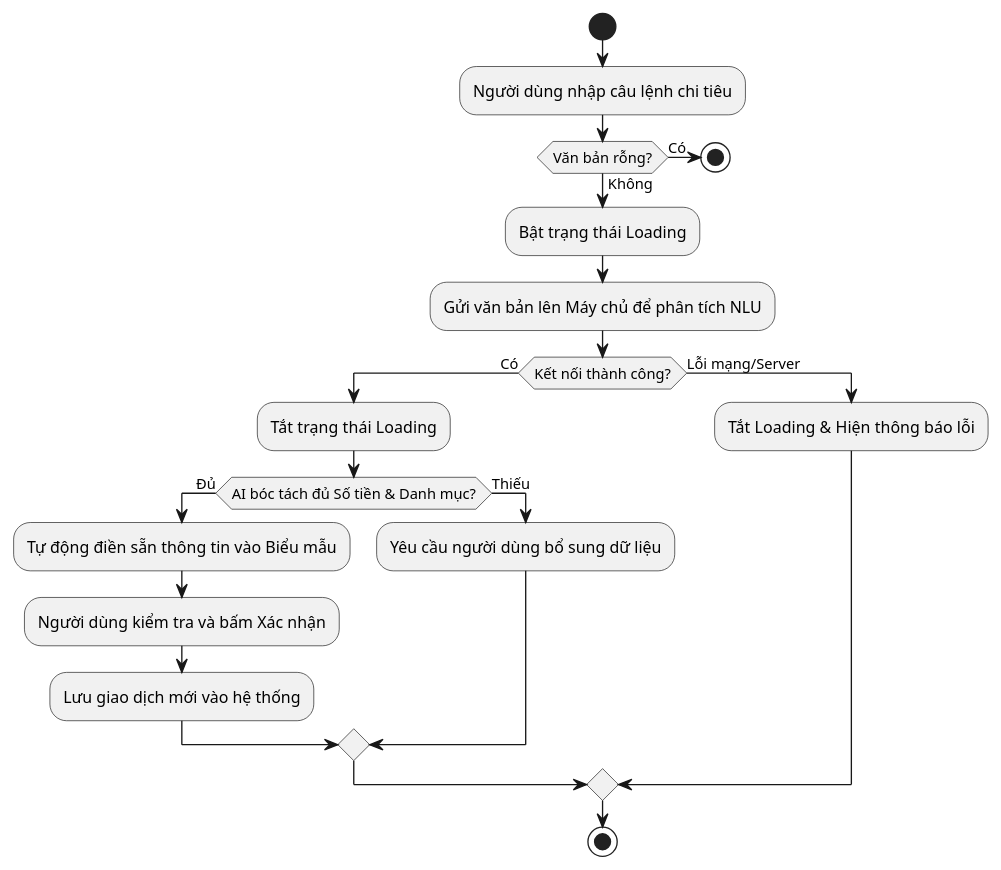
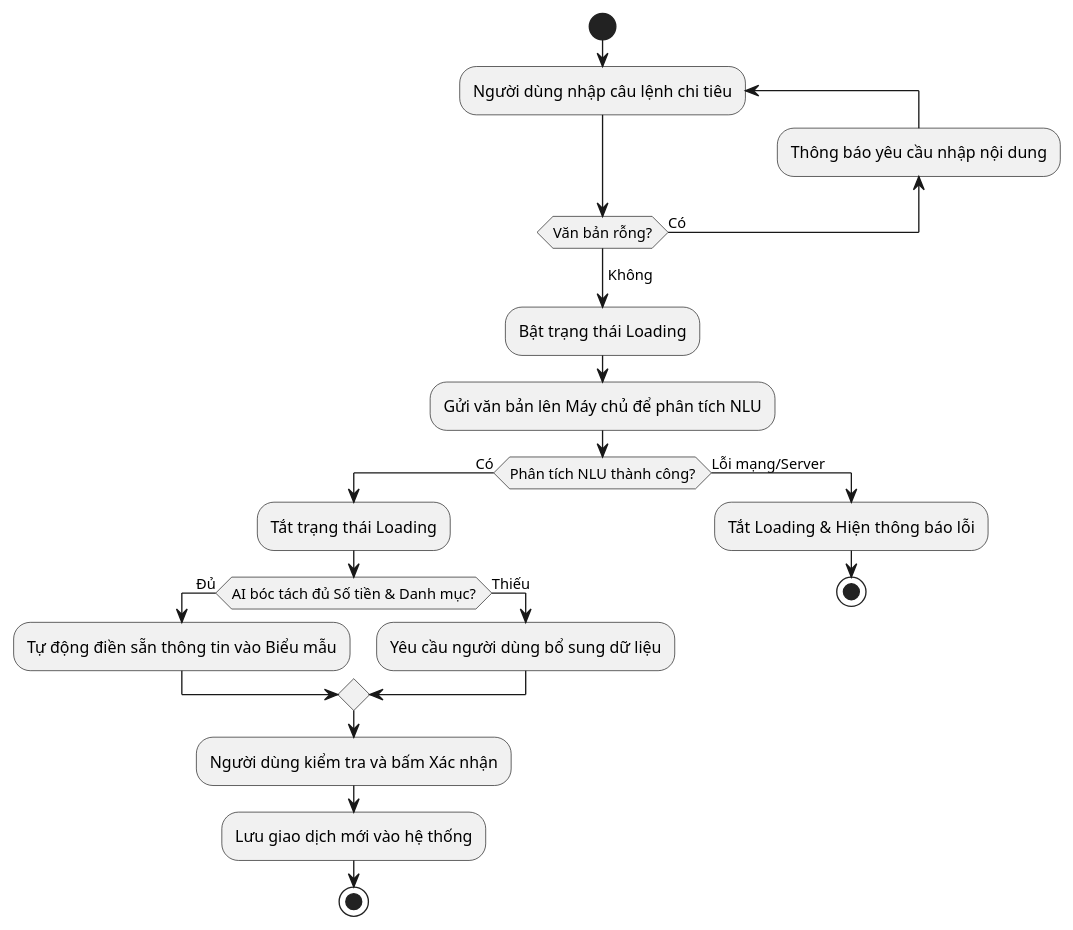
The sixth of 27 diagrams in Luan_van_Hoan_chinh.md (maikhang160504/spending-diary), drawn with PlantUML before and after one commit. The commit also changed other lines of this file and 95 other files, not shown here.

````diff
--- a/Luan_van_Hoan_chinh.md
+++ b/Luan_van_Hoan_chinh.md
@@ -782,25 +786,25 @@
 ```plantuml
 @startuml
 start
-:Người dùng nhập câu lệnh chi tiêu;
-if (Văn bản rỗng?) then (Có)
+repeat :Người dùng nhập câu lệnh chi tiêu;
+backward:Thông báo yêu cầu nhập nội dung;
+repeat while (Văn bản rỗng?) is (Có)
+->Không;
+:Bật trạng thái Loading;
+:Gửi văn bản lên Máy chủ để phân tích NLU;
+if (Phân tích NLU thành công?) then (Có)
+  :Tắt trạng thái Loading;
+  if (AI bóc tách đủ Số tiền & Danh mục?) then (Đủ)
+    :Tự động điền sẵn thông tin vào Biểu mẫu;
+  else (Thiếu)
+    :Yêu cầu người dùng bổ sung dữ liệu;
+  endif
+  :Người dùng kiểm tra và bấm Xác nhận;
+  :Lưu giao dịch mới vào hệ thống;
   stop
-else (Không)
-  :Bật trạng thái Loading;
-  :Gửi văn bản lên Máy chủ để phân tích NLU;
-  if (Kết nối thành công?) then (Có)
-    :Tắt trạng thái Loading;
-    if (AI bóc tách đủ Số tiền & Danh mục?) then (Đủ)
-      :Tự động điền sẵn thông tin vào Biểu mẫu;
-      :Người dùng kiểm tra và bấm Xác nhận;
-      :Lưu giao dịch mới vào hệ thống;
-    else (Thiếu)
-      :Yêu cầu người dùng bổ sung dữ liệu;
-    endif
-  else (Lỗi mạng/Server)
-    :Tắt Loading & Hiện thông báo lỗi;
-  endif
+else (Lỗi mạng/Server)
+  :Tắt Loading & Hiện thông báo lỗi;
+  stop
 endif
-stop
 @enduml
 ```
````
